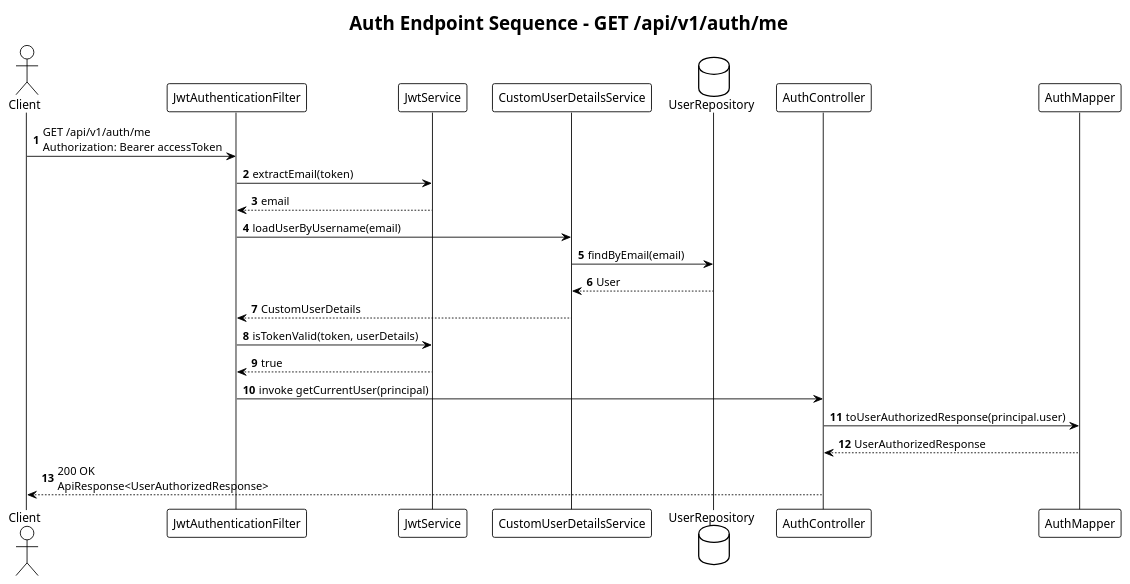
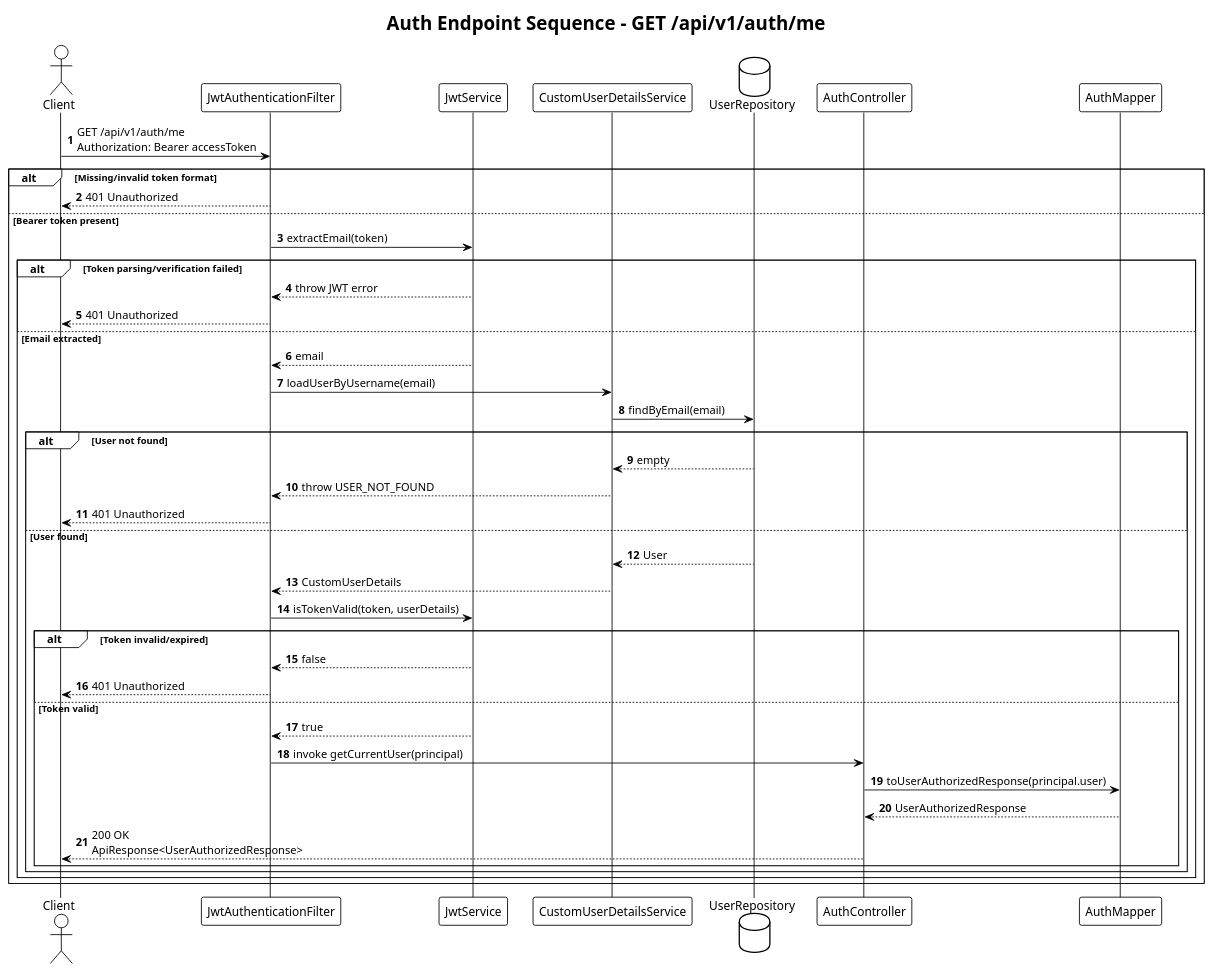
The diagram in docs/sequence/auth-me-sequence.puml (DamPhuQuy/Social-Pulse), drawn with PlantUML before and after one commit. The commit also changed 3 other files, not shown here.

```diff
--- a/docs/sequence/auth-me-sequence.puml
+++ b/docs/sequence/auth-me-sequence.puml
@@ -1,31 +1,54 @@
 @startuml
 !theme plain
 
 title Auth Endpoint Sequence - GET /api/v1/auth/me
 
 autonumber
 
 actor Client
 participant JwtAuthenticationFilter
 participant JwtService
 participant CustomUserDetailsService
 database UserRepository
 participant AuthController
 participant AuthMapper
 
 Client -> JwtAuthenticationFilter: GET /api/v1/auth/me\nAuthorization: Bearer accessToken
-JwtAuthenticationFilter -> JwtService: extractEmail(token)
-JwtService --> JwtAuthenticationFilter: email
-JwtAuthenticationFilter -> CustomUserDetailsService: loadUserByUsername(email)
-CustomUserDetailsService -> UserRepository: findByEmail(email)
-UserRepository --> CustomUserDetailsService: User
-CustomUserDetailsService --> JwtAuthenticationFilter: CustomUserDetails
-JwtAuthenticationFilter -> JwtService: isTokenValid(token, userDetails)
-JwtService --> JwtAuthenticationFilter: true
-JwtAuthenticationFilter -> AuthController: invoke getCurrentUser(principal)
 
-AuthController -> AuthMapper: toUserAuthorizedResponse(principal.user)
-AuthMapper --> AuthController: UserAuthorizedResponse
-AuthController --> Client: 200 OK\nApiResponse<UserAuthorizedResponse>
+alt Missing/invalid token format
+	JwtAuthenticationFilter --> Client: 401 Unauthorized
+else Bearer token present
+	JwtAuthenticationFilter -> JwtService: extractEmail(token)
+
+	alt Token parsing/verification failed
+		JwtService --> JwtAuthenticationFilter: throw JWT error
+		JwtAuthenticationFilter --> Client: 401 Unauthorized
+	else Email extracted
+		JwtService --> JwtAuthenticationFilter: email
+		JwtAuthenticationFilter -> CustomUserDetailsService: loadUserByUsername(email)
+		CustomUserDetailsService -> UserRepository: findByEmail(email)
+
+		alt User not found
+			UserRepository --> CustomUserDetailsService: empty
+			CustomUserDetailsService --> JwtAuthenticationFilter: throw USER_NOT_FOUND
+			JwtAuthenticationFilter --> Client: 401 Unauthorized
+		else User found
+			UserRepository --> CustomUserDetailsService: User
+			CustomUserDetailsService --> JwtAuthenticationFilter: CustomUserDetails
+			JwtAuthenticationFilter -> JwtService: isTokenValid(token, userDetails)
+
+			alt Token invalid/expired
+				JwtService --> JwtAuthenticationFilter: false
+				JwtAuthenticationFilter --> Client: 401 Unauthorized
+			else Token valid
+				JwtService --> JwtAuthenticationFilter: true
+				JwtAuthenticationFilter -> AuthController: invoke getCurrentUser(principal)
+				AuthController -> AuthMapper: toUserAuthorizedResponse(principal.user)
+				AuthMapper --> AuthController: UserAuthorizedResponse
+				AuthController --> Client: 200 OK\nApiResponse<UserAuthorizedResponse>
+			end
+		end
+	end
+end
 
 @enduml
```
